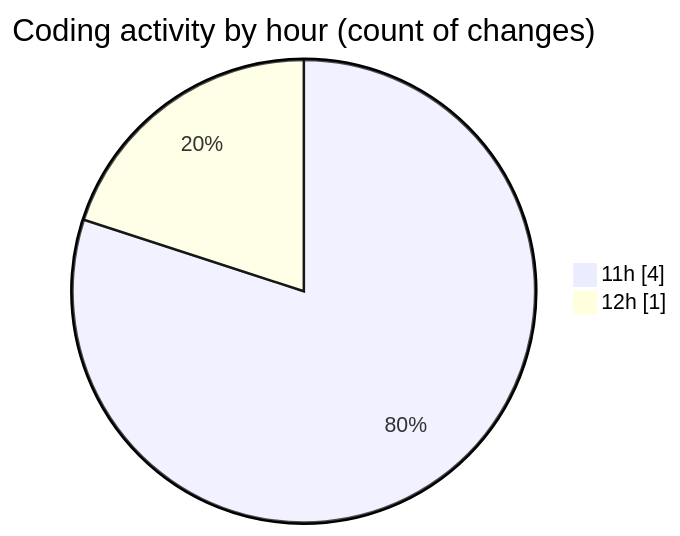
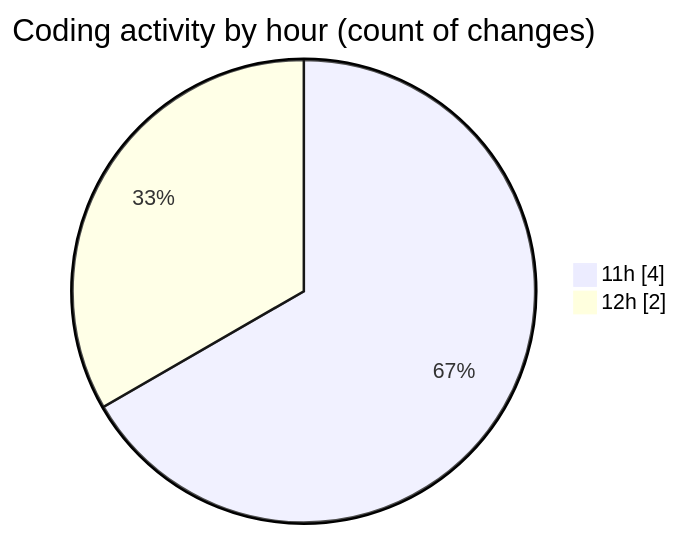
Before and after one commit to EIIisD/code-tracking: the second of 2 diagrams in 2025-08-27/_claude/README.md, drawn with Mermaid. The commit also changed other lines of this file and 1 other file, not shown here.

````diff
--- a/2025-08-27/_claude/README.md
+++ b/2025-08-27/_claude/README.md
@@ -31,6 +31,6 @@
 ```mermaid
 pie showData
 title Coding activity by hour (count of changes)
 "11h" : 4
-"12h" : 1
+"12h" : 2
 ```
````
